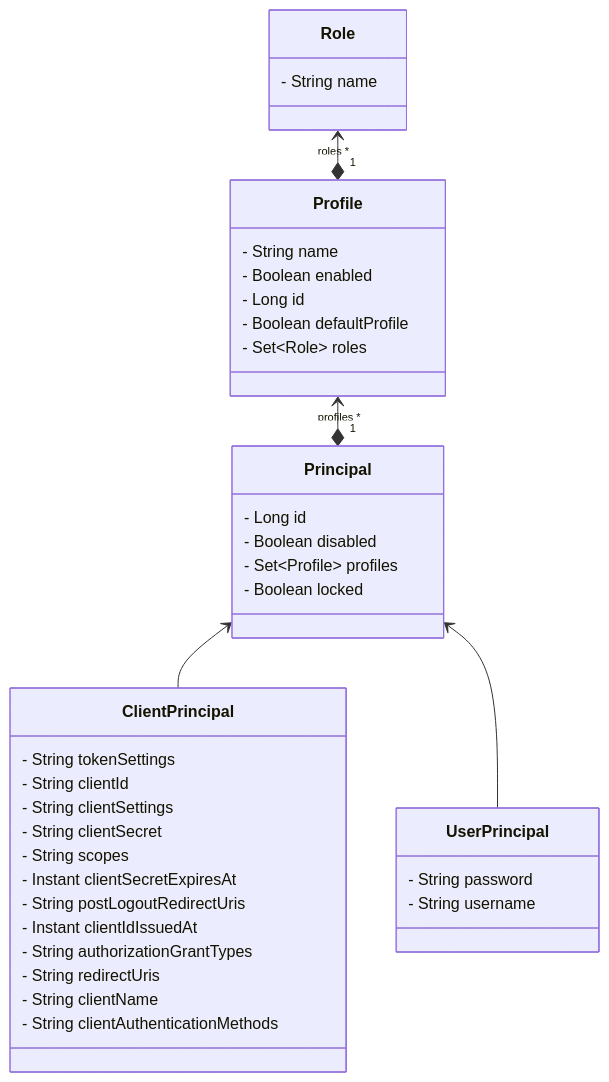
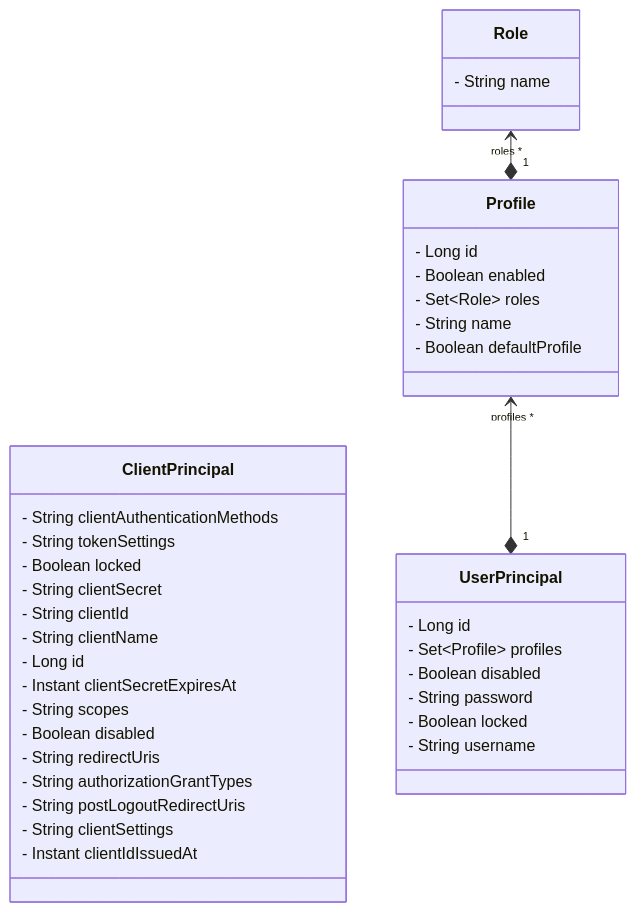
The diagram in README.md (openleap-io/io.openleap.identity), drawn with Mermaid before and after one commit. The commit also changed 9 other files, not shown here.

````diff
--- a/README.md
+++ b/README.md
@@ -34,44 +34,44 @@
 ```mermaid
 classDiagram
-direction BT
-class ClientPrincipal {
-  - String tokenSettings
-  - String clientId
-  - String clientSettings
-  - String clientSecret
-  - String scopes
-  - Instant clientSecretExpiresAt
-  - String postLogoutRedirectUris
-  - Instant clientIdIssuedAt
-  - String authorizationGrantTypes
-  - String redirectUris
-  - String clientName
-  - String clientAuthenticationMethods
-}
-class Principal {
-  - Long id
-  - Boolean disabled
-  - Set~Profile~ profiles
-  - Boolean locked
-}
-class Profile {
-  - String name
-  - Boolean enabled
-  - Long id
-  - Boolean defaultProfile
-  - Set~Role~ roles
-}
-class Role {
-  - String name
-}
-class UserPrincipal {
-  - String password
-  - String username
-}
+    direction BT
+    class ClientPrincipal {
+        - String clientAuthenticationMethods
+        - String tokenSettings
+        - Boolean locked
+        - String clientSecret
+        - String clientId
+        - String clientName
+        - Long id
+        - Instant clientSecretExpiresAt
+        - String scopes
+        - Boolean disabled
+        - String redirectUris
+        - String authorizationGrantTypes
+        - String postLogoutRedirectUris
+        - String clientSettings
+        - Instant clientIdIssuedAt
+    }
+    class Profile {
+        - Long id
+        - Boolean enabled
+        - Set~Role~ roles
+        - String name
+        - Boolean defaultProfile
+    }
+    class Role {
+        - String name
+    }
+    class UserPrincipal {
+        - Long id
+        - Set~Profile~ profiles
+        - Boolean disabled
+        - String password
+        - Boolean locked
+        - String username
+    }
 
-ClientPrincipal  -->  Principal 
-Principal "1" *--> "profiles *" Profile 
-Profile "1" *--> "roles *" Role 
-UserPrincipal  -->  Principal 
+    Profile "1" *--> "roles *" Role
+    UserPrincipal "1" *--> "profiles *" Profile
+
 
 ```
````
